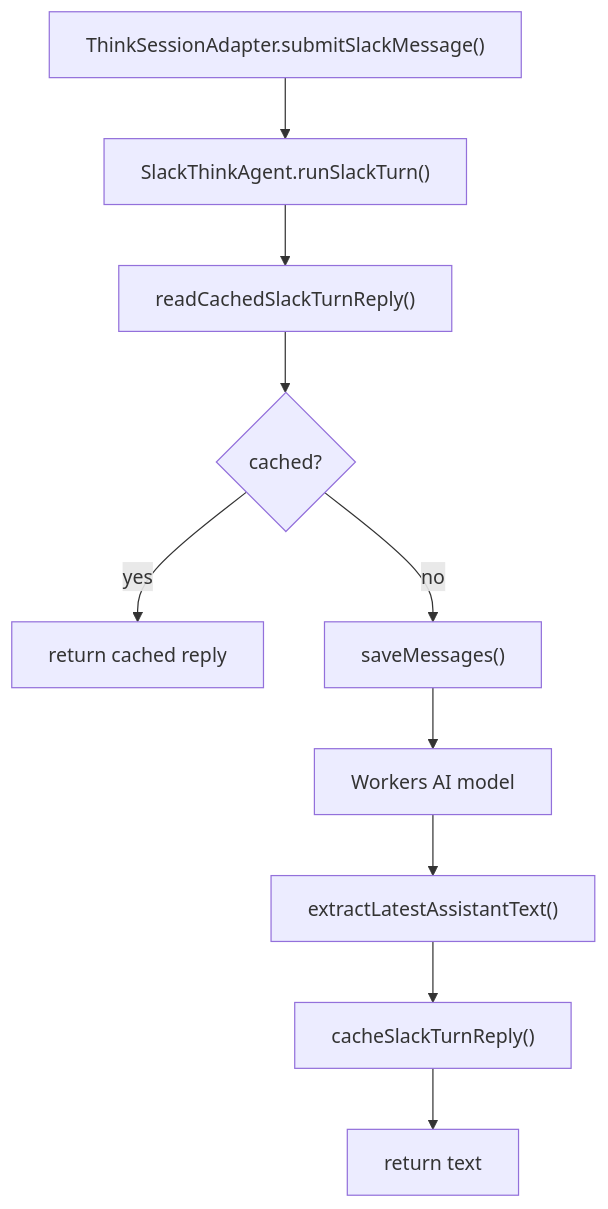
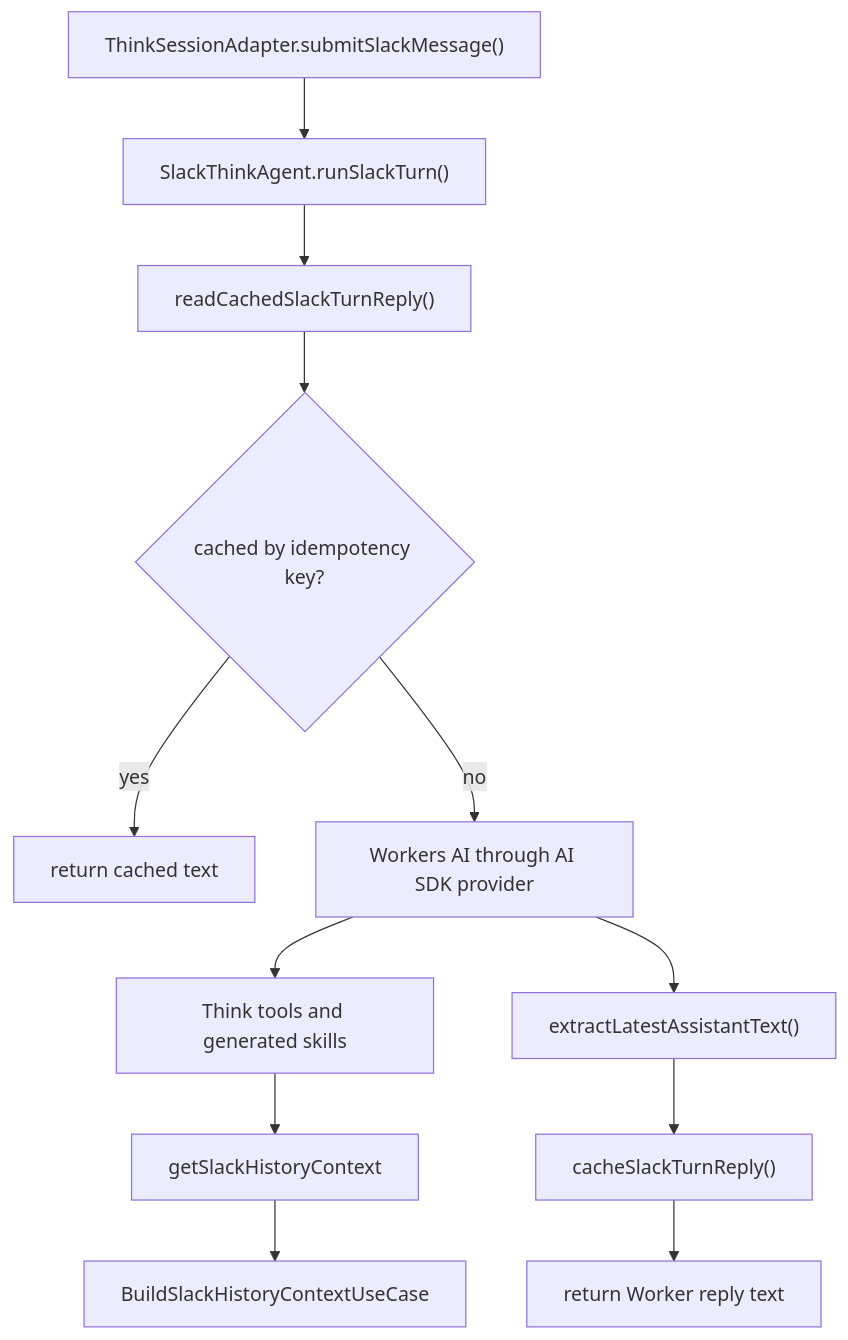
The fourth of 5 diagrams in README.md (GorobVictor/slack-ai-agent-v3), drawn with Mermaid before and after one commit. The commit also changed other lines of this file and 1 other file, not shown here.

````diff
--- a/README.md
+++ b/README.md
@@ -137,12 +272,14 @@
 ```mermaid
 flowchart TD
-  thinkPort["ThinkSessionAdapter.submitSlackMessage()"] --> runTurn["SlackThinkAgent.runSlackTurn()"]
-  runTurn --> ledgerRead["readCachedSlackTurnReply()"]
-  ledgerRead --> cached{"cached?"}
-  cached -->|"yes"| cachedReply["return cached reply"]
-  cached -->|"no"| saveMessages["saveMessages()"]
-  saveMessages --> model["Workers AI model"]
-  model --> extract["extractLatestAssistantText()"]
-  extract --> ledgerWrite["cacheSlackTurnReply()"]
-  ledgerWrite --> reply["return text"]
+  adapter["ThinkSessionAdapter.submitSlackMessage()"] --> agent["SlackThinkAgent.runSlackTurn()"]
+  agent --> cachedReply["readCachedSlackTurnReply()"]
+  cachedReply --> cached{"cached by idempotency key?"}
+  cached -->|"yes"| returnCached["return cached text"]
+  cached -->|"no"| model["Workers AI through AI SDK provider"]
+  model --> tools["Think tools and generated skills"]
+  tools --> historyTool["getSlackHistoryContext"]
+  historyTool --> historyUseCase["BuildSlackHistoryContextUseCase"]
+  model --> assistantText["extractLatestAssistantText()"]
+  assistantText --> cache["cacheSlackTurnReply()"]
+  cache --> result["return Worker reply text"]
 ```
````
